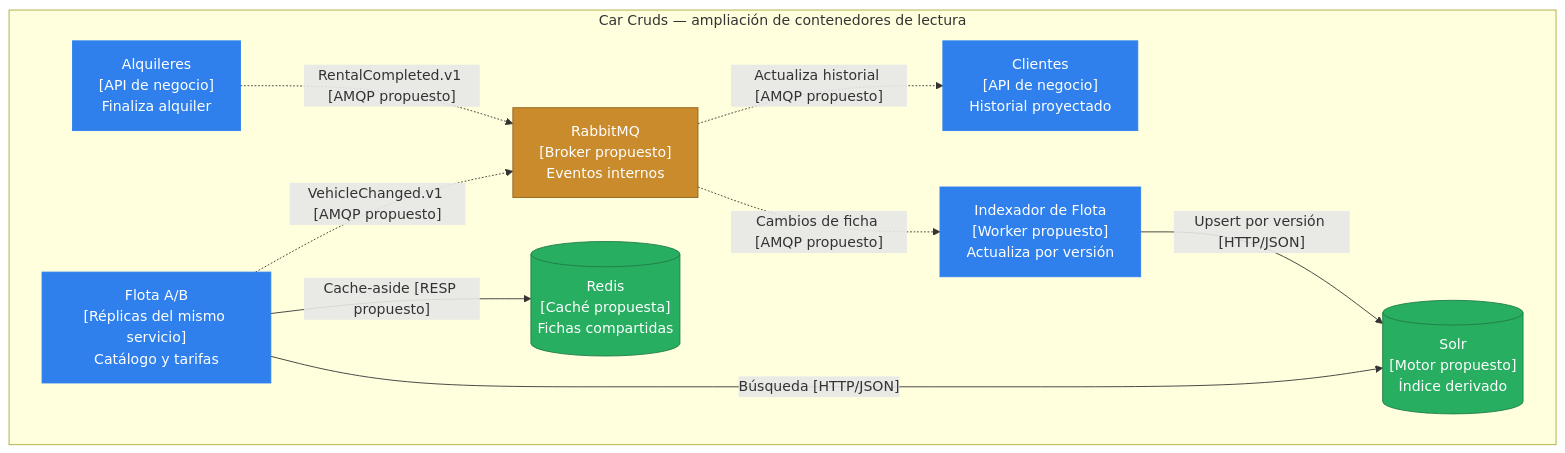
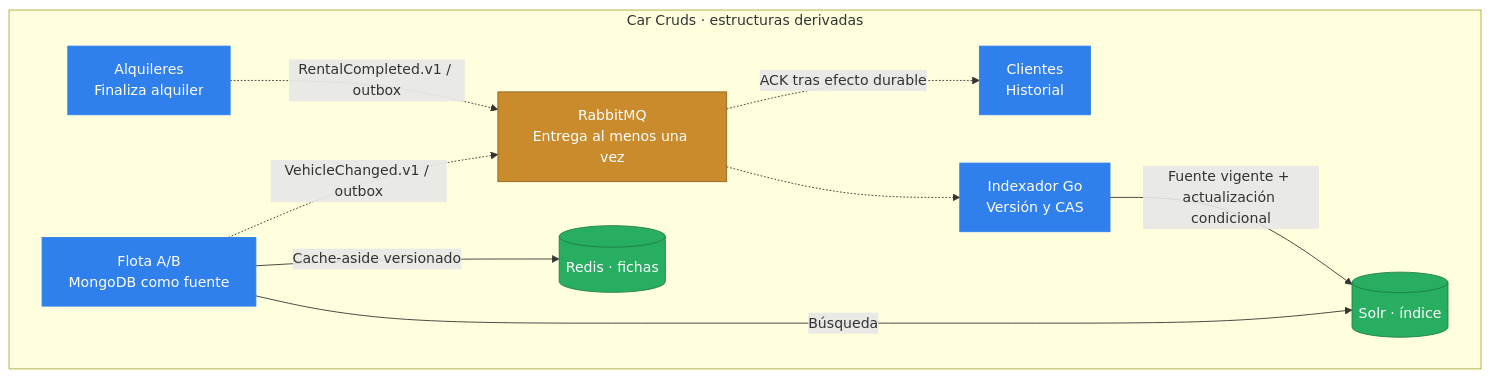
The third of 3 diagrams in docs/ARCHITECTURE.md (Gerpeirone/Car-Cruds), drawn with Mermaid before and after one commit. The commit also changed other lines of this file and 41 other files, not shown here.

````diff
--- a/docs/ARCHITECTURE.md
+++ b/docs/ARCHITECTURE.md
@@ -122,25 +100,25 @@
 ```mermaid
 flowchart TB
-    subgraph System["Car Cruds — ampliación de contenedores de lectura"]
-        Rentals["Alquileres<br/>[API de negocio]<br/>Finaliza alquiler"]
-        Customers["Clientes<br/>[API de negocio]<br/>Historial proyectado"]
-        Fleet["Flota A/B<br/>[Réplicas del mismo servicio]<br/>Catálogo y tarifas"]
-        Broker["RabbitMQ<br/>[Broker propuesto]<br/>Eventos internos"]
-        Indexer["Indexador de Flota<br/>[Worker propuesto]<br/>Actualiza por versión"]
-        Search[("Solr<br/>[Motor propuesto]<br/>Índice derivado")]
-        Cache[("Redis<br/>[Caché propuesta]<br/>Fichas compartidas")]
-        Rentals -.->|"RentalCompleted.v1 [AMQP propuesto]"| Broker
-        Fleet -.->|"VehicleChanged.v1 [AMQP propuesto]"| Broker
-        Broker -.->|"Actualiza historial [AMQP propuesto]"| Customers
-        Broker -.->|"Cambios de ficha [AMQP propuesto]"| Indexer
-        Indexer -->|"Upsert por versión [HTTP/JSON]"| Search
-        Fleet -->|"Búsqueda [HTTP/JSON]"| Search
-        Fleet -->|"Cache-aside [RESP propuesto]"| Cache
+    subgraph System["Car Cruds · estructuras derivadas"]
+        Fleet["Flota A/B<br/>MongoDB como fuente"]
+        Rentals["Alquileres<br/>Finaliza alquiler"]
+        Customers["Clientes<br/>Historial"]
+        Broker["RabbitMQ<br/>Entrega al menos una vez"]
+        Indexer["Indexador Go<br/>Versión y CAS"]
+        Search[("Solr · índice")]
+        Cache[("Redis · fichas")]
+        Rentals -.->|"RentalCompleted.v1 / outbox"| Broker
+        Fleet -.->|"VehicleChanged.v1 / outbox"| Broker
+        Broker -.->|"ACK tras efecto durable"| Customers
+        Broker -.-> Indexer
+        Indexer -->|"Fuente vigente + actualización condicional"| Search
+        Fleet -->|"Búsqueda"| Search
+        Fleet -->|"Cache-aside versionado"| Cache
     end
-    classDef app fill:#2f80ed,color:#ffffff,stroke:#2f80ed;
-    classDef data fill:#27ae60,color:#ffffff,stroke:#207c48;
-    classDef support fill:#c98b2b,color:#ffffff,stroke:#91631e;
-    class Rentals,Customers,Fleet,Indexer app;
+    classDef app fill:#2f80ed,color:#fff,stroke:#2f80ed;
+    classDef data fill:#27ae60,color:#fff,stroke:#207c48;
+    classDef support fill:#c98b2b,color:#fff,stroke:#91631e;
+    class Fleet,Rentals,Customers,Indexer app;
     class Search,Cache data;
     class Broker support;
 ```
````
